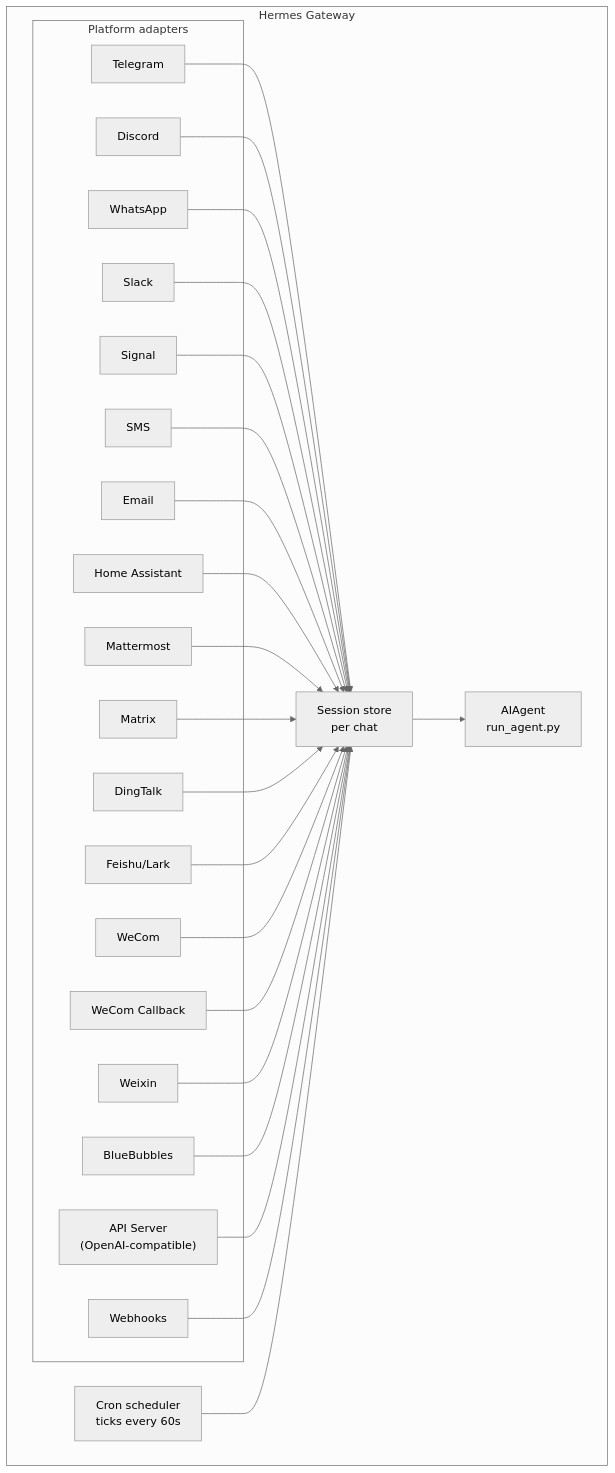
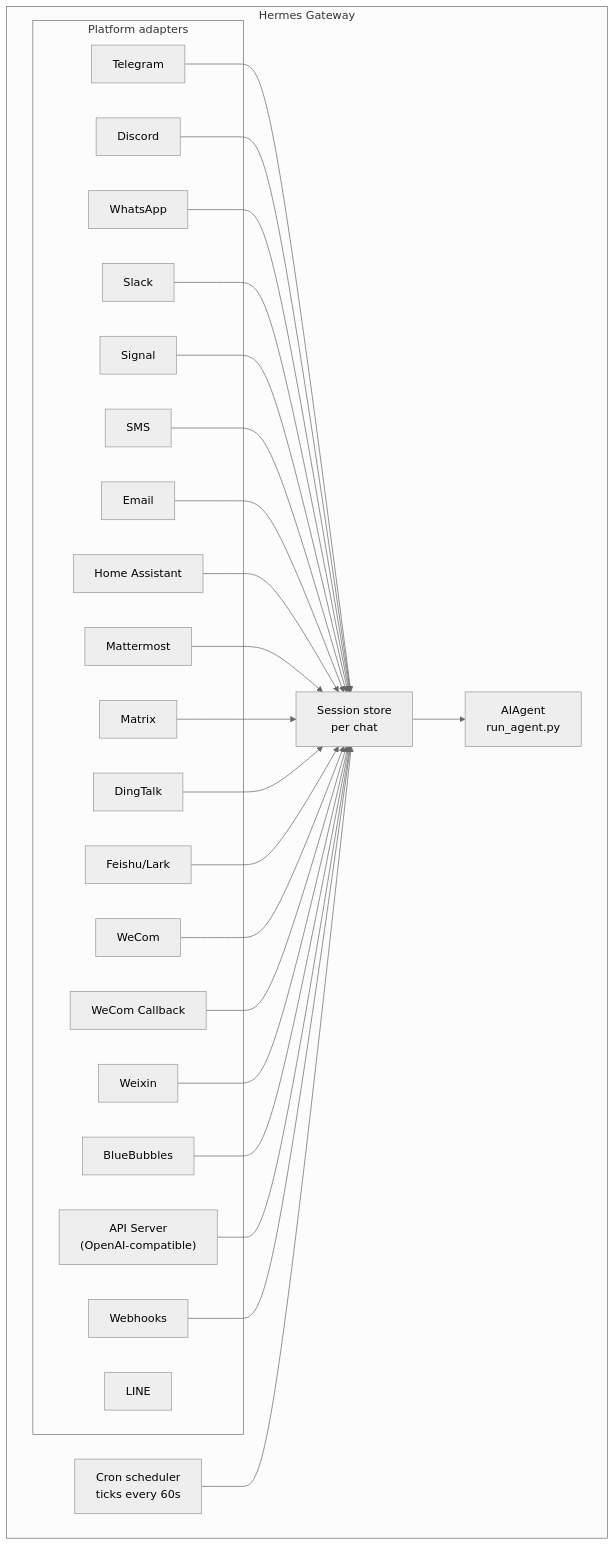
One commit to NousResearch/hermes-agent changed the diagram in website/docs/user-guide/messaging/index.md. Above: the diagram before and after it, drawn with Mermaid (neutral theme). The commit also changed other lines of this file and 14 other files, not shown here.

````diff
--- a/website/docs/user-guide/messaging/index.md
+++ b/website/docs/user-guide/messaging/index.md
@@ -38,50 +39,51 @@
 ```mermaid
 flowchart TB
     subgraph Gateway["Hermes Gateway"]
         subgraph Adapters["Platform adapters"]
             tg[Telegram]
             dc[Discord]
             wa[WhatsApp]
             sl[Slack]
             sig[Signal]
             sms[SMS]
             em[Email]
             ha[Home Assistant]
             mm[Mattermost]
             mx[Matrix]
             dt[DingTalk]
     fs[Feishu/Lark]
     wc[WeCom]
     wcb[WeCom Callback]
     wx[Weixin]
     bb[BlueBubbles]
+    ln[LINE]
             api["API Server<br/>(OpenAI-compatible)"]
             wh[Webhooks]
         end
 
         store["Session store<br/>per chat"]
         agent["AIAgent<br/>run_agent.py"]
         cron["Cron scheduler<br/>ticks every 60s"]
     end
 
     tg --> store
     dc --> store
     wa --> store
     sl --> store
     sig --> store
     sms --> store
     em --> store
     ha --> store
     mm --> store
     mx --> store
     dt --> store
     fs --> store
     wc --> store
     wcb --> store
     wx --> store
     bb --> store
     api --> store
     wh --> store
     store --> agent
     cron --> store
 ```
````
